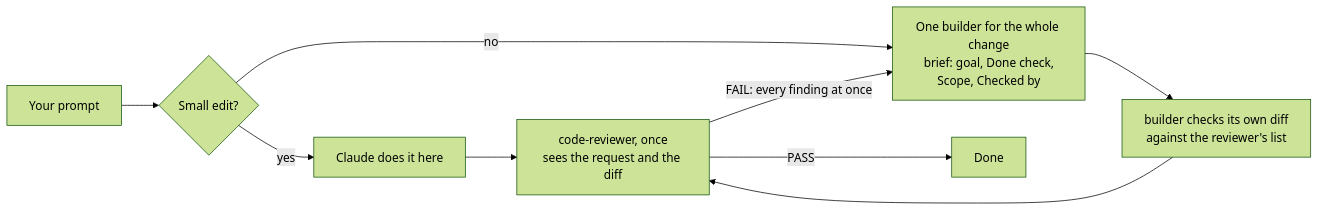
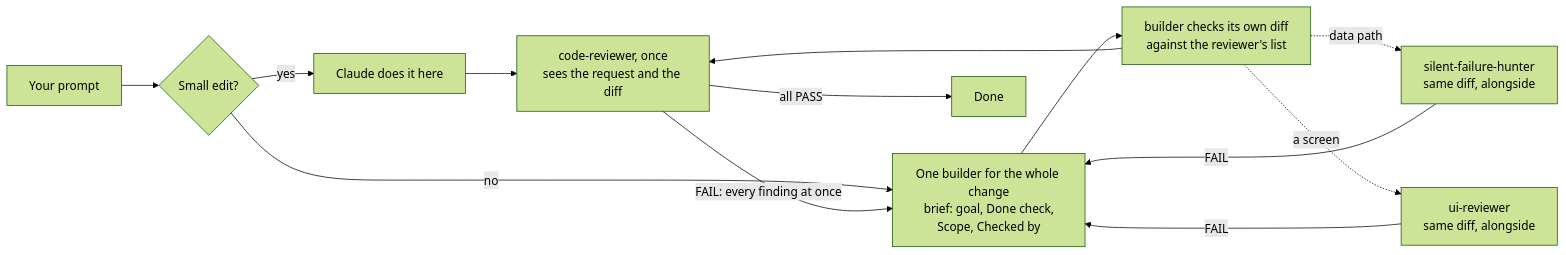
Before and after one commit to oscarwu2001/remex-agent-s-home: the first of 2 diagrams in office-pack/PIPELINE.md, drawn with Mermaid (forest theme). The commit also changed other lines of this file and 9 other files, not shown here.

````diff
--- a/office-pack/PIPELINE.md
+++ b/office-pack/PIPELINE.md
@@ -10,11 +10,15 @@
 ```mermaid
 flowchart LR
   P[Your prompt] --> S{Small edit?}
   S -- yes --> C[Claude does it here]
   S -- no --> B[One builder for the whole change<br/>brief: goal, Done check,<br/>Scope, Checked by]
   B --> SC[builder checks its own diff<br/>against the reviewer's list]
   SC --> R[code-reviewer, once<br/>sees the request and the diff]
   C --> R
+  SC -. data path .-> SF[silent-failure-hunter<br/>same diff, alongside]
+  SC -. a screen .-> UI[ui-reviewer<br/>same diff, alongside]
   R -- FAIL: every finding at once --> B
-  R -- PASS --> D[Done]
+  SF -- FAIL --> B
+  UI -- FAIL --> B
+  R -- all PASS --> D[Done]
 ```
````
